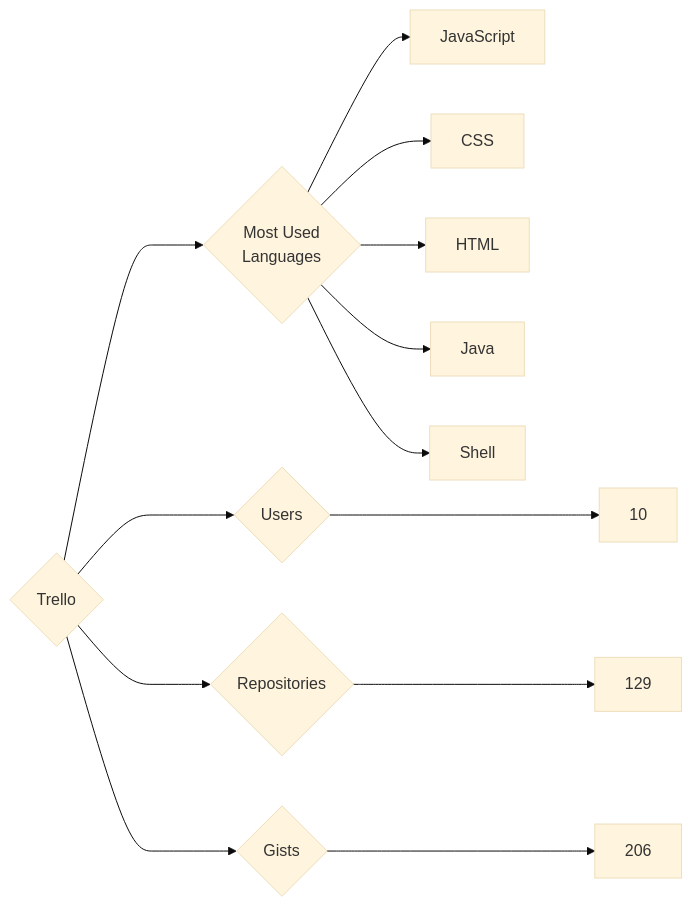
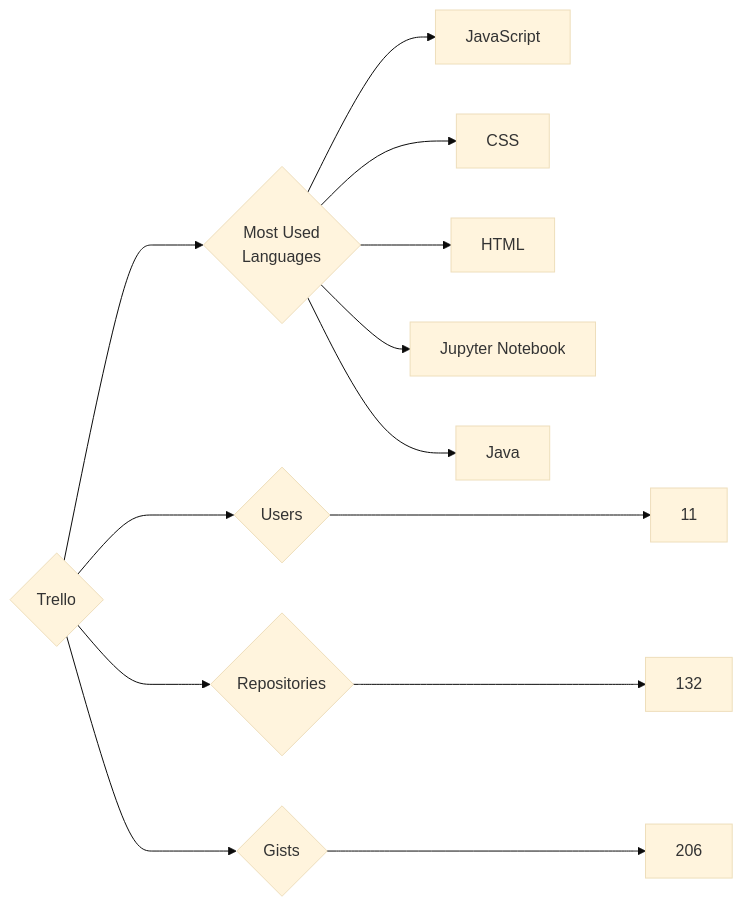
Before and after one commit to trickest/insiders: the diagram in targets/Trello/README.md, drawn with Mermaid (base theme). The commit also changed 973 other files, not shown here.

````diff
--- a/targets/Trello/README.md
+++ b/targets/Trello/README.md
@@ -3,13 +3,13 @@
 ```mermaid
 graph LR
 COMPANY_NAME{Trello}
-COMPANY_NAME ---> U{Users} ---> UN[10]
-COMPANY_NAME ---> R{Repositories} ---> RN[129]
+COMPANY_NAME ---> U{Users} ---> UN[11]
+COMPANY_NAME ---> R{Repositories} ---> RN[132]
 COMPANY_NAME ---> G{Gists} ---> GN[206]
 COMPANY_NAME ---> ML{Most Used<br>Languages}
 ML --> JavaScript[JavaScript]
 ML --> CSS[CSS]
 ML --> HTML[HTML]
+ML --> Jupyter_Notebook[Jupyter Notebook]
 ML --> Java[Java]
-ML --> Shell[Shell]
 ```
````
